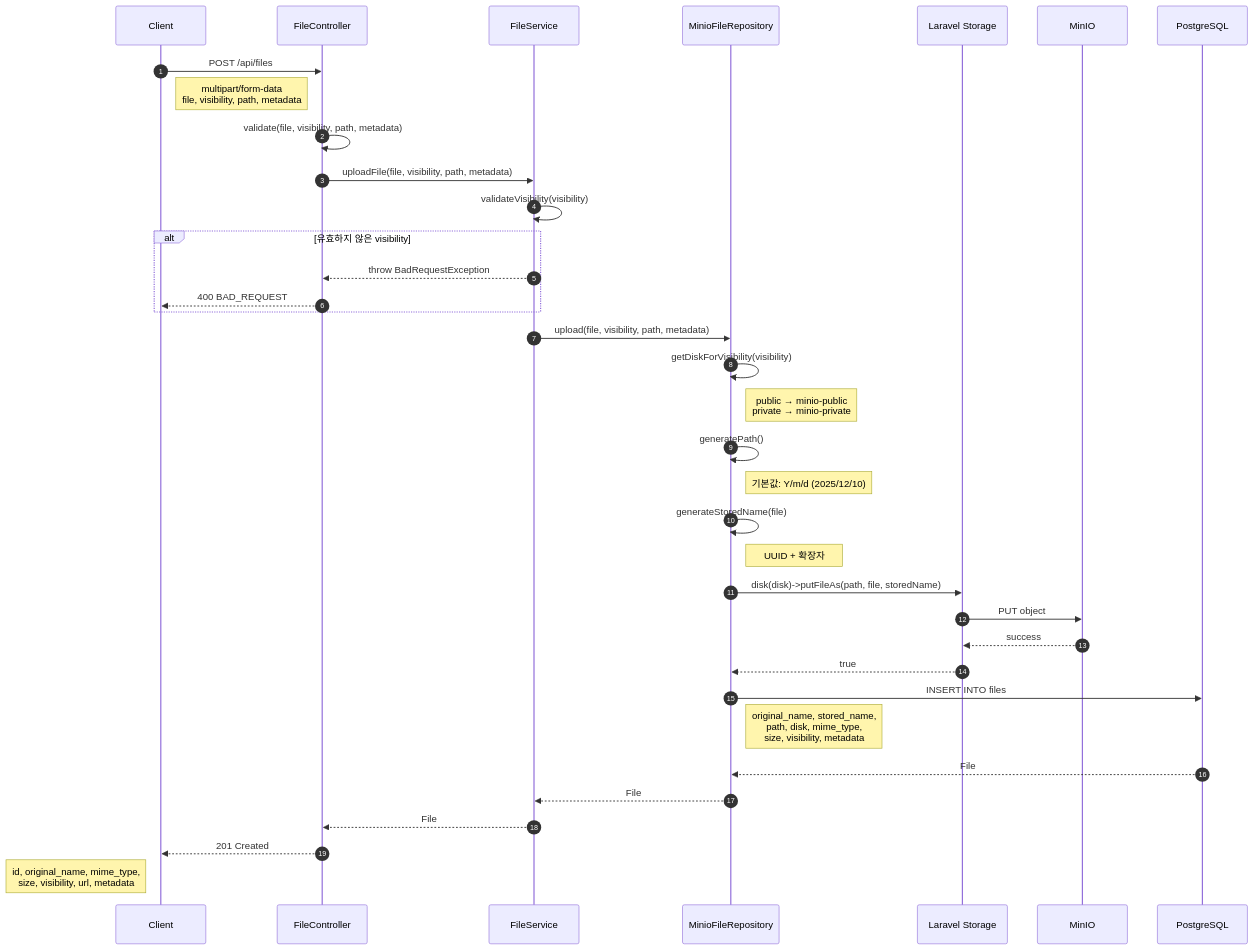
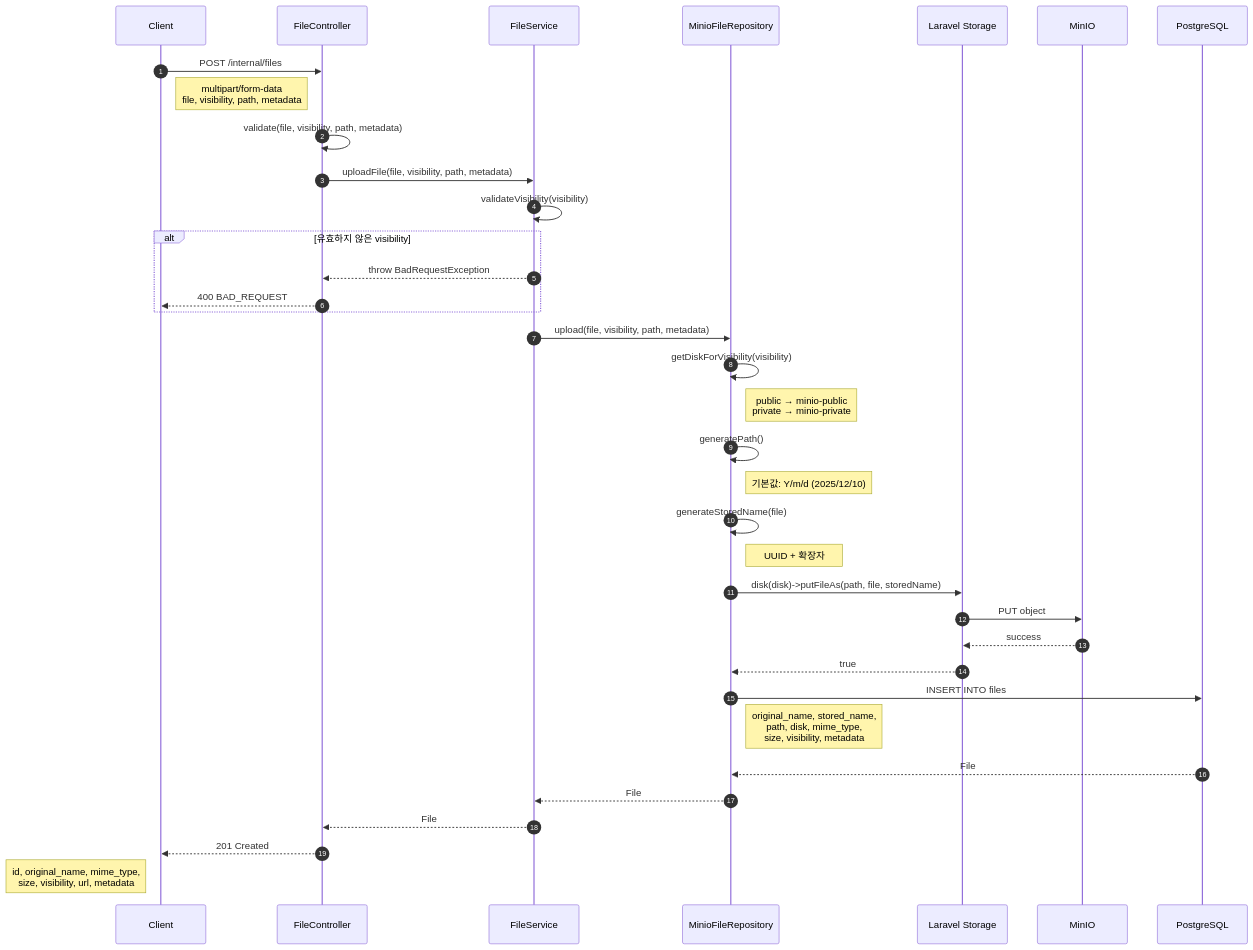
The first of 5 diagrams in docs/FILE.md (shaul1991/toy-core-system), drawn with Mermaid before and after one commit. The commit also changed other lines of this file and 7 other files, not shown here.

````diff
--- a/docs/FILE.md
+++ b/docs/FILE.md
@@ -276,48 +276,48 @@
 ```mermaid
 sequenceDiagram
     autonumber
     participant Client
     participant Controller as FileController
     participant Service as FileService
     participant Repository as MinioFileRepository
     participant Storage as Laravel Storage
     participant MinIO
     participant DB as PostgreSQL
 
-    Client->>Controller: POST /api/files
+    Client->>Controller: POST /internal/files
     Note right of Client: multipart/form-data<br/>file, visibility, path, metadata
 
     Controller->>Controller: validate(file, visibility, path, metadata)
     Controller->>Service: uploadFile(file, visibility, path, metadata)
 
     Service->>Service: validateVisibility(visibility)
     alt 유효하지 않은 visibility
         Service-->>Controller: throw BadRequestException
         Controller-->>Client: 400 BAD_REQUEST
     end
 
     Service->>Repository: upload(file, visibility, path, metadata)
 
     Repository->>Repository: getDiskForVisibility(visibility)
     Note right of Repository: public → minio-public<br/>private → minio-private
 
     Repository->>Repository: generatePath()
     Note right of Repository: 기본값: Y/m/d (2025/12/10)
 
     Repository->>Repository: generateStoredName(file)
     Note right of Repository: UUID + 확장자
 
     Repository->>Storage: disk(disk)->putFileAs(path, file, storedName)
     Storage->>MinIO: PUT object
     MinIO-->>Storage: success
     Storage-->>Repository: true
 
     Repository->>DB: INSERT INTO files
     Note right of Repository: original_name, stored_name,<br/>path, disk, mime_type,<br/>size, visibility, metadata
     DB-->>Repository: File
 
     Repository-->>Service: File
     Service-->>Controller: File
     Controller-->>Client: 201 Created
     Note left of Client: id, original_name, mime_type,<br/>size, visibility, url, metadata
 ```
````
